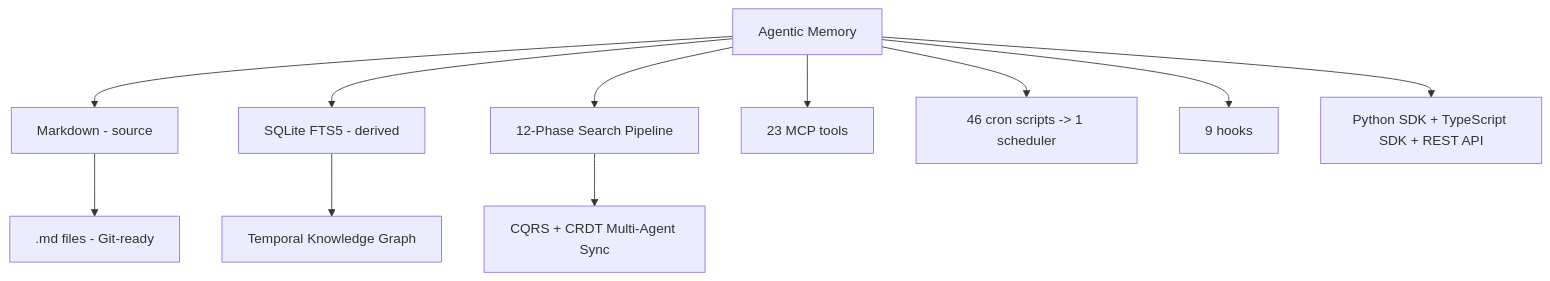
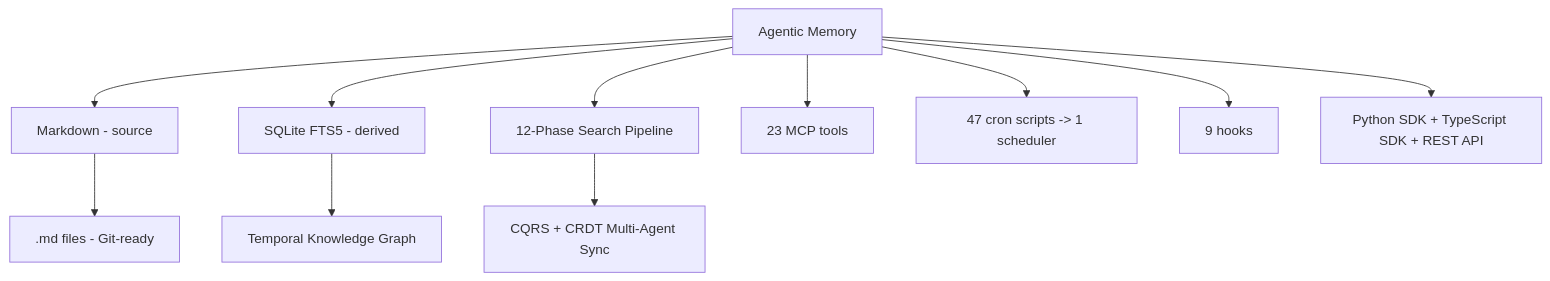
Before and after one commit to ArkaAiAdmin/Agentic-Memory: the diagram in README.md, drawn with Mermaid. The commit also changed 3 other files, not shown here.

````diff
--- a/README.md
+++ b/README.md
@@ -23,13 +23,13 @@
 ```mermaid
 graph TD
     A[Agentic Memory] --> B[Markdown - source]
     A --> C[SQLite FTS5 - derived]
     A --> D[12-Phase Search Pipeline]
     B --> E[.md files - Git-ready]
     C --> F[Temporal Knowledge Graph]
     D --> G[CQRS + CRDT Multi-Agent Sync]
     A --> H[23 MCP tools]
-    A --> I[46 cron scripts -> 1 scheduler]
+    A --> I[47 cron scripts -> 1 scheduler]
     A --> J[9 hooks]
     A --> K[Python SDK + TypeScript SDK + REST API]
 ```
````
